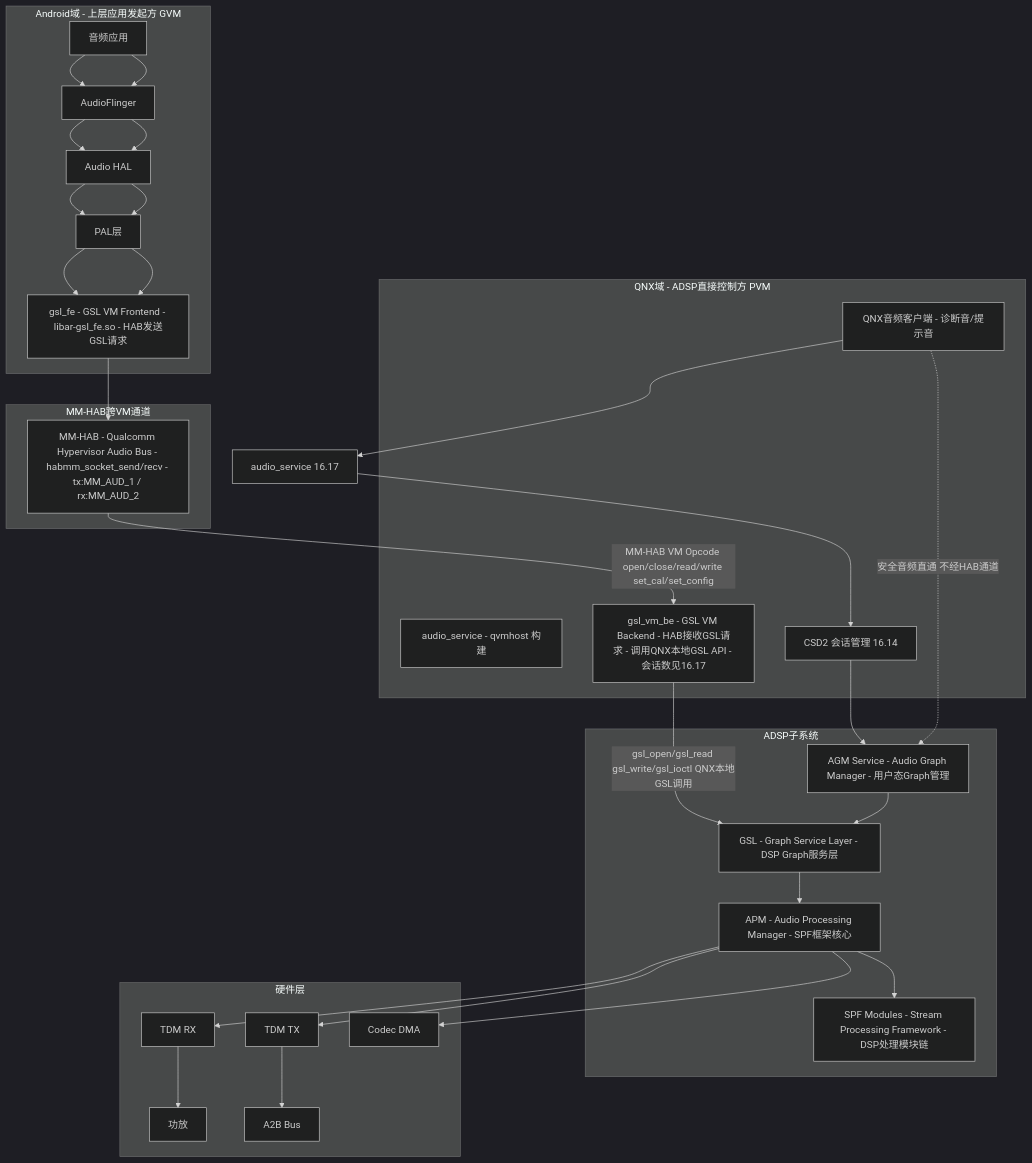
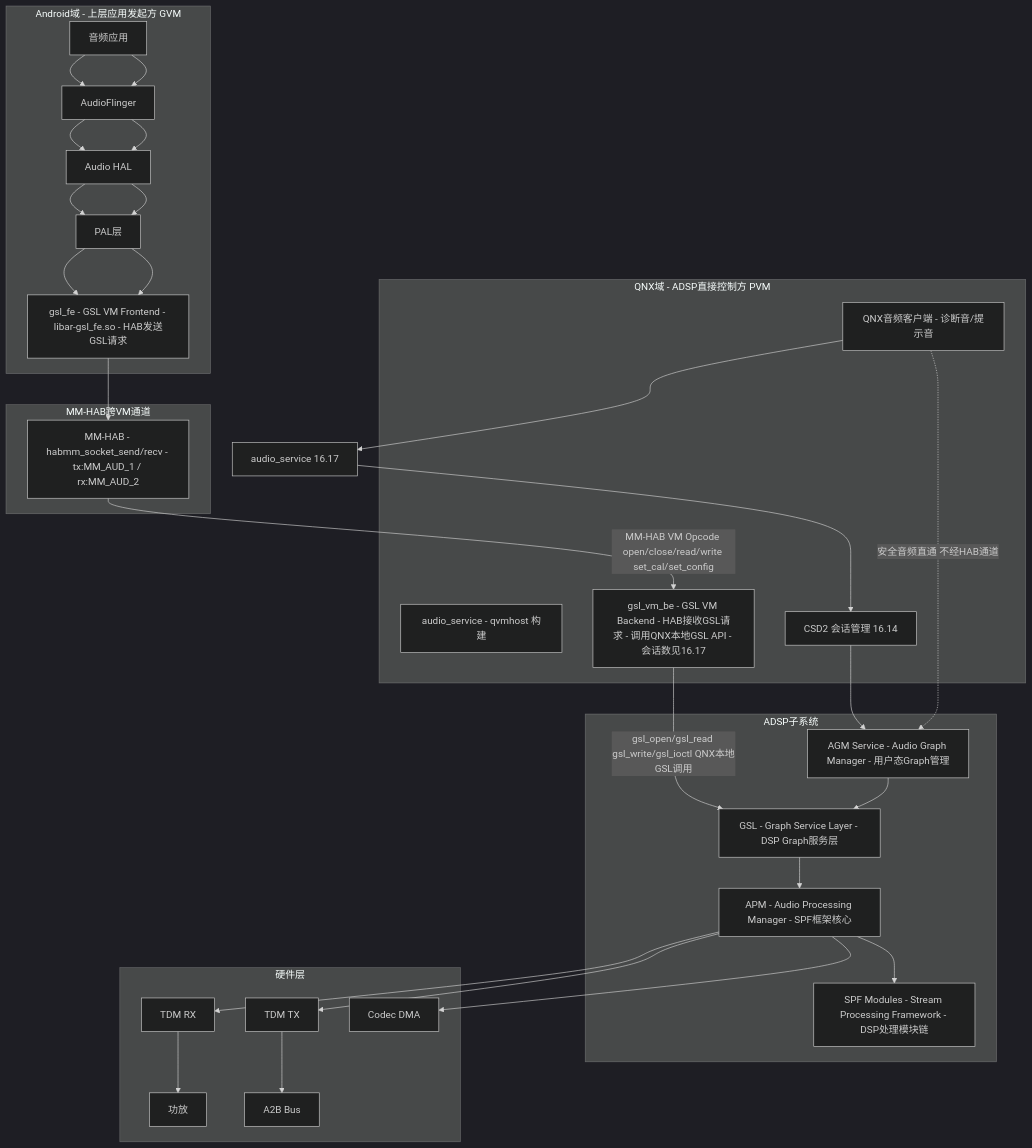
One commit to yanglinzhen1022/SA8295_AAOS_QNX_Audio_KnowledgeBase changed the first of 5 diagrams in 16_Vendor_QNX_Architecture/16_16.1_概述.md. Above: the diagram before and after it, drawn with Mermaid (dark theme). The commit also changed other lines of this file and 1 other file, not shown here.

````diff
--- a/16_Vendor_QNX_Architecture/16_16.1_概述.md
+++ b/16_Vendor_QNX_Architecture/16_16.1_概述.md
@@ -18,48 +18,48 @@
 ```mermaid
 graph TB
     subgraph Android_Domain[Android域 - 上层应用发起方 GVM]
         App[音频应用] --> AF[AudioFlinger] --> AHAL[Audio HAL] --> PAL[PAL层]
         PAL --> GSL_FE[gsl_fe - GSL VM Frontend - libar-gsl_fe.so - HAB发送GSL请求]
     end
 
     subgraph Cross_VM[MM-HAB跨VM通道]
-        HAB_CH[MM-HAB - Qualcomm Hypervisor Audio Bus - habmm_socket_send/recv - tx:MM_AUD_1 / rx:MM_AUD_2]
+        HAB_CH[MM-HAB - habmm_socket_send/recv - tx:MM_AUD_1 / rx:MM_AUD_2]
     end
 
     subgraph QNX_Domain[QNX域 - ADSP直接控制方 PVM]
         QNX_App[QNX音频客户端 - 诊断音/提示音]
         QNX_SVC[audio_service - qvmhost 构建]
         CSD2[CSD2 会话/CGM - SSR 事件]
         GSL_VM_BE[gsl_vm_be - GSL VM Backend - HAB接收GSL请求 - 调用QNX本地GSL API - 会话数见16.17]
     end
 
     subgraph DSP_Subsystem[ADSP子系统]
         AGM_SVC[AGM Service - Audio Graph Manager - 用户态Graph管理]
         GSL[GSL - Graph Service Layer - DSP Graph服务层]
         APM[APM - Audio Processing Manager - SPF框架核心]
         SPF_MODULES[SPF Modules - Stream Processing Framework - DSP处理模块链]
     end
 
     subgraph Hardware[硬件层]
         TDM_TX[TDM TX]
         TDM_RX[TDM RX]
         CODEC_DMA[Codec DMA]
         AMP[功放]
         A2B[A2B Bus]
     end
 
     App --> AF --> AHAL --> PAL --> GSL_FE --> HAB_CH
     HAB_CH -->|MM-HAB VM Opcode open/close/read/write set_cal/set_config| GSL_VM_BE
     GSL_VM_BE -->|gsl_open/gsl_read gsl_write/gsl_ioctl QNX本地GSL调用| GSL
     QNX_App --> AUDIO_SERVICE[audio_service 16.17]
     AUDIO_SERVICE --> CSD2[CSD2 会话管理 16.14]
     CSD2 --> AGM_SVC
     AGM_SVC --> GSL --> APM --> SPF_MODULES
     APM --> TDM_TX
     APM --> TDM_RX
     APM --> CODEC_DMA
     TDM_RX --> AMP
     TDM_TX --> A2B
 
     QNX_App -.->|安全音频直通 不经HAB通道| AGM_SVC
 ```
````
